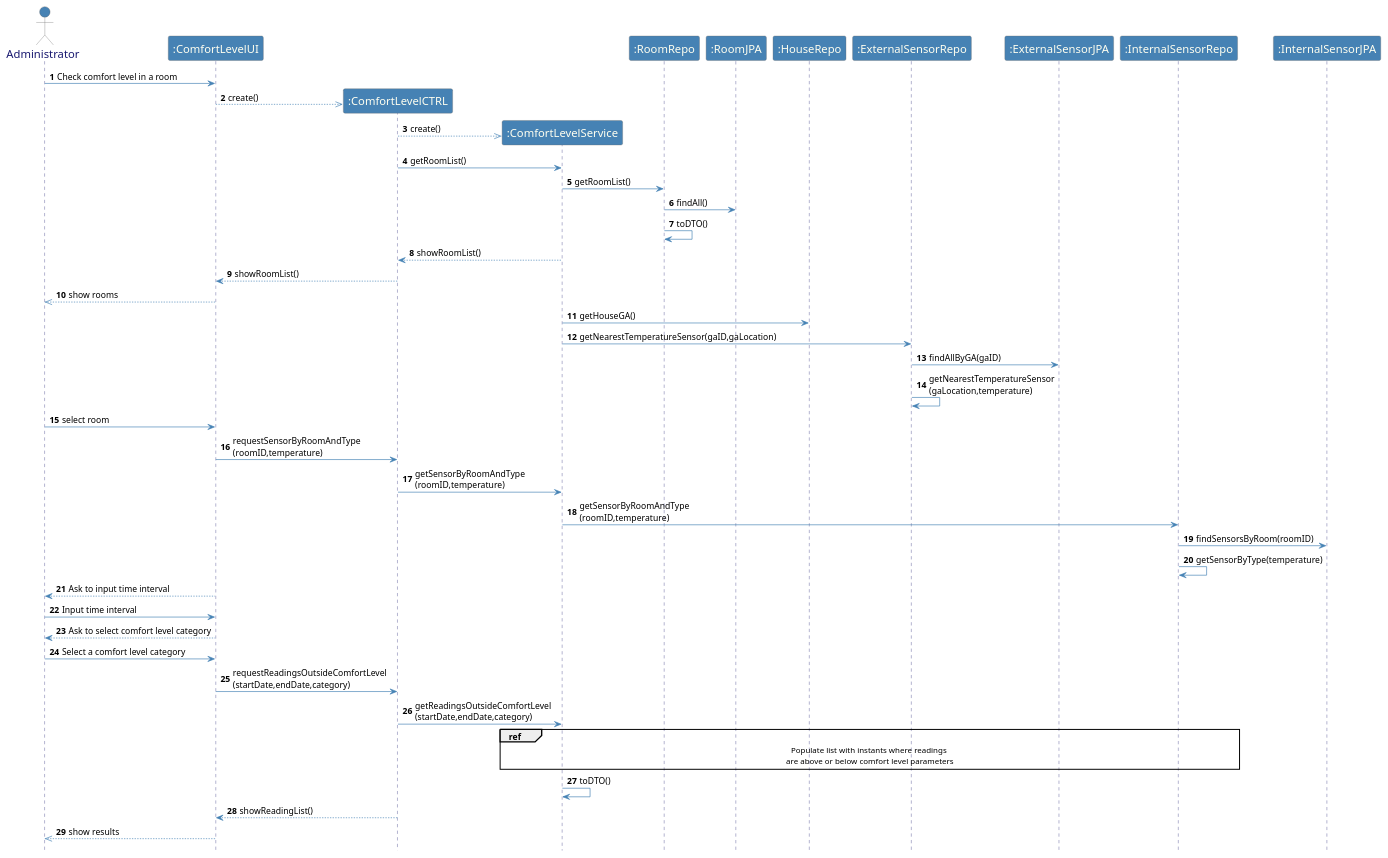
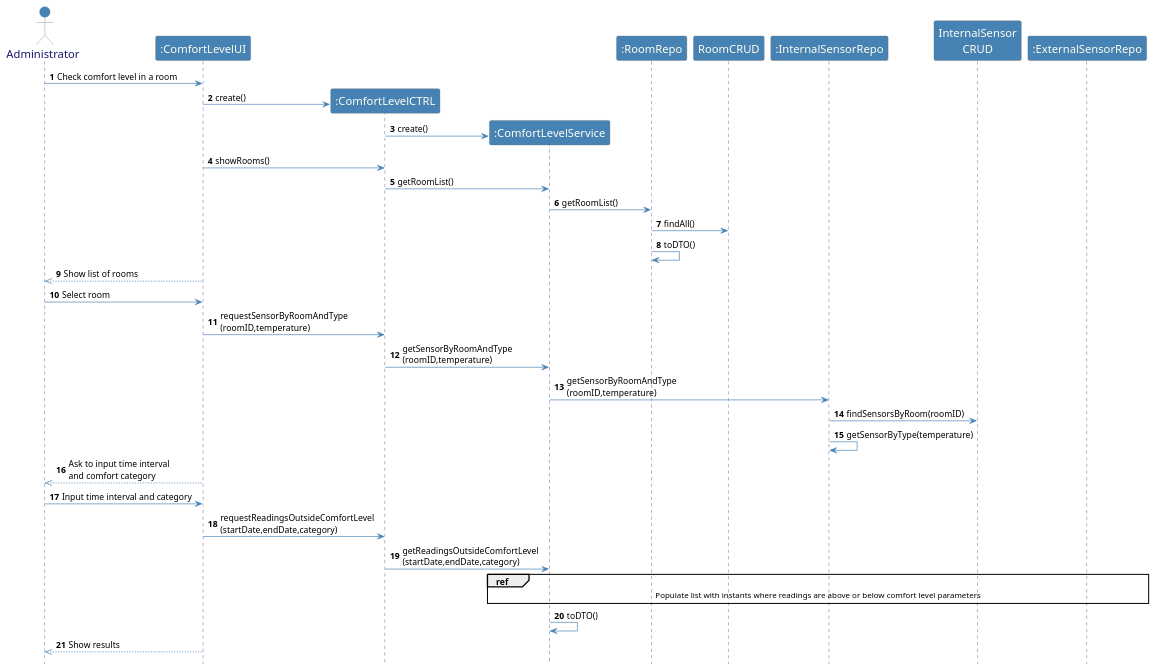
One commit to emanuel-pereira/hou changed the diagram in src/main/java/smarthome/controller/sequenceDiagrams/sd_CheckComfortLevel.puml. Above: the diagram before and after it, drawn with PlantUML. The commit also changed 1 other file, not shown here.

Commit message:
Fix #177: US440/445 Sequence diagram update

```diff
--- a/src/main/java/smarthome/controller/sequenceDiagrams/sd_CheckComfortLevel.puml
+++ b/src/main/java/smarthome/controller/sequenceDiagrams/sd_CheckComfortLevel.puml
@@ -1,85 +1,79 @@
 @startuml
 
 skinparam sequence {
          	ArrowColor SteelBlue
          	ActorBorderColor Dimgray
          	LifeLineBorderColor MidnightBlue
          	LifeLineBackgroundColor #A9DCDF
 
          	ParticipantBorderColor Dimgray
          	ParticipantBackgroundColor SteelBlue
          	ParticipantFontName Calibri Bold
          	ParticipantFontSize 17
          	ParticipantFontColor Ivory
 
          	ActorBackgroundColor SteelBlue
          	ActorFontColor MidnightBlue
          	ActorFontSize 17
          	ActorFontName Aapex
 
          }
 skinparam note {
 BorderColor SteelBlue
 }
 autonumber
 hidefootbox
 actor Administrator
 
 
 Administrator -> ":ComfortLevelUI": Check comfort level in a room
 create ":ComfortLevelCTRL"
-
-":ComfortLevelUI" -->> ":ComfortLevelCTRL": create()
+":ComfortLevelUI" -> ":ComfortLevelCTRL": create()
 
 create ":ComfortLevelService"
-":ComfortLevelCTRL" -->> ":ComfortLevelService": create()
+":ComfortLevelCTRL" -> ":ComfortLevelService": create()
+
+
+":ComfortLevelUI" -> ":ComfortLevelCTRL": showRooms()
+
+
+
 
 ":ComfortLevelCTRL" -> ":ComfortLevelService": getRoomList()
 ":ComfortLevelService" -> ":RoomRepo": getRoomList()
-":RoomRepo" -> ":RoomJPA": findAll()
+":RoomRepo" -> "RoomCRUD": findAll()
 ":RoomRepo" -> ":RoomRepo": toDTO()
 
-
-":ComfortLevelService" --> ":ComfortLevelCTRL": showRoomList()
-":ComfortLevelCTRL" --> ":ComfortLevelUI": showRoomList()
-":ComfortLevelUI" -->> Administrator: show rooms
-
-":ComfortLevelService" -> ":HouseRepo": getHouseGA()
-":ComfortLevelService" -> ":ExternalSensorRepo": getNearestTemperatureSensor(gaID,gaLocation)
-":ExternalSensorRepo" -> ":ExternalSensorJPA": findAllByGA(gaID)
-":ExternalSensorRepo" -> ":ExternalSensorRepo": getNearestTemperatureSensor\n(gaLocation,temperature)
+":ComfortLevelUI" -->> Administrator: Show list of rooms
 
 
-
-Administrator -> ":ComfortLevelUI": select room
+Administrator -> ":ComfortLevelUI": Select room
 ":ComfortLevelUI" -> ":ComfortLevelCTRL": requestSensorByRoomAndType\n(roomID,temperature)
 ":ComfortLevelCTRL" -> ":ComfortLevelService": getSensorByRoomAndType\n(roomID,temperature)
 ":ComfortLevelService" -> ":InternalSensorRepo": getSensorByRoomAndType\n(roomID,temperature)
-":InternalSensorRepo" -> ":InternalSensorJPA": findSensorsByRoom(roomID)
+":InternalSensorRepo" -> "InternalSensor\nCRUD": findSensorsByRoom(roomID)
 ":InternalSensorRepo" -> ":InternalSensorRepo": getSensorByType(temperature)
 
-Administrator <-- ":ComfortLevelUI": Ask to input time interval
-Administrator -> ":ComfortLevelUI": Input time interval
+Administrator <<-- ":ComfortLevelUI": Ask to input time interval\nand comfort category
+Administrator -> ":ComfortLevelUI": Input time interval and category
 
-Administrator <-- ":ComfortLevelUI": Ask to select comfort level category
-Administrator -> ":ComfortLevelUI": Select a comfort level category
+
 ":ComfortLevelUI" -> ":ComfortLevelCTRL": requestReadingsOutsideComfortLevel\n(startDate,endDate,category)
 ":ComfortLevelCTRL" -> ":ComfortLevelService": getReadingsOutsideComfortLevel\n(startDate,endDate,category)
 
 
-ref over ":ComfortLevelService",":InternalSensorRepo",":ExternalSensorRepo":Populate list with instants where readings \nare above or below comfort level parameters
+ref over ":ComfortLevelService",":InternalSensorRepo",":ExternalSensorRepo":Populate list with instants where readings are above or below comfort level parameters
 
 
 ":ComfortLevelService" -> ":ComfortLevelService": toDTO()
-":ComfortLevelCTRL" --> ":ComfortLevelUI": showReadingList()
 
 
-":ComfortLevelUI" -->> Administrator: show results
+":ComfortLevelUI" -->> Administrator: Show results
 
 
 
 
 
 
 
 @enduml
```
